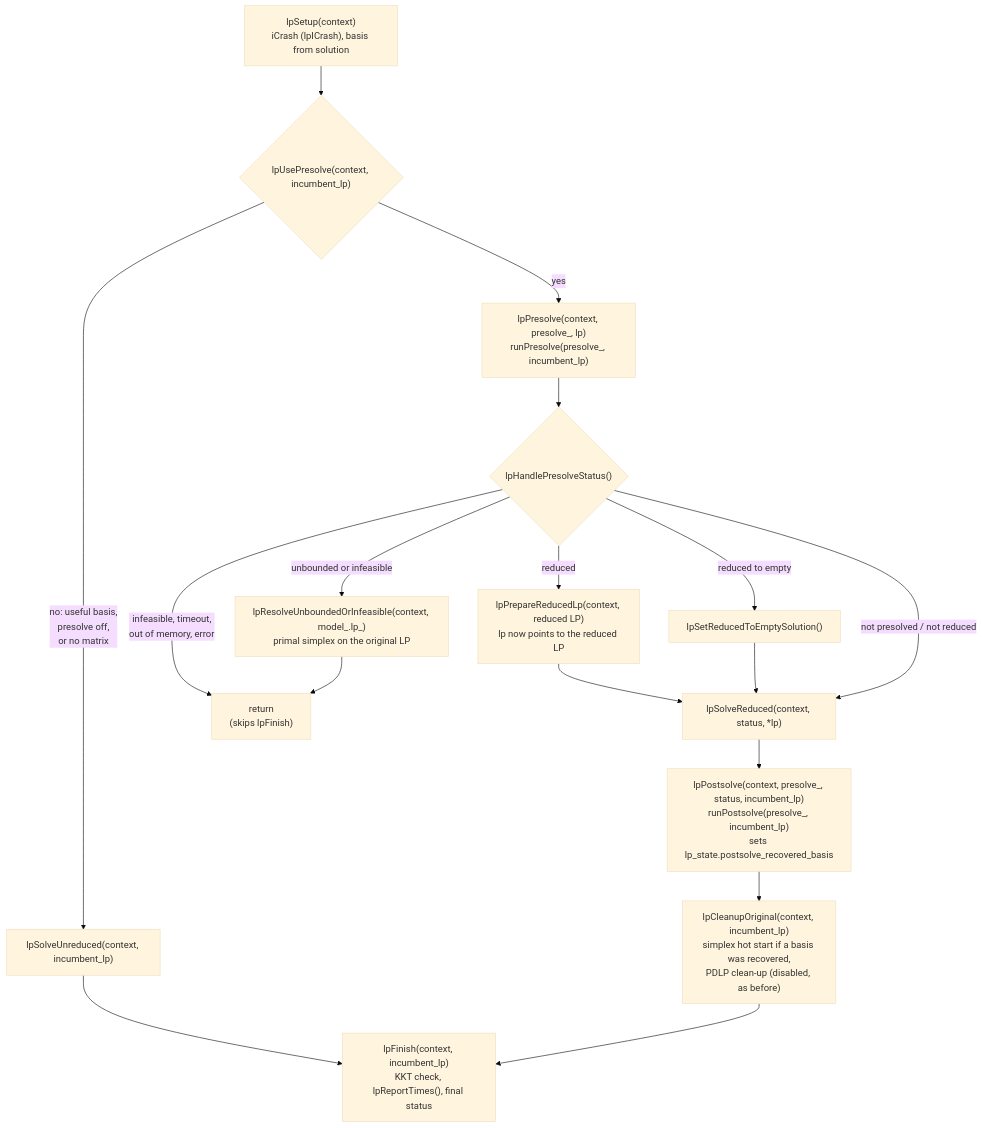
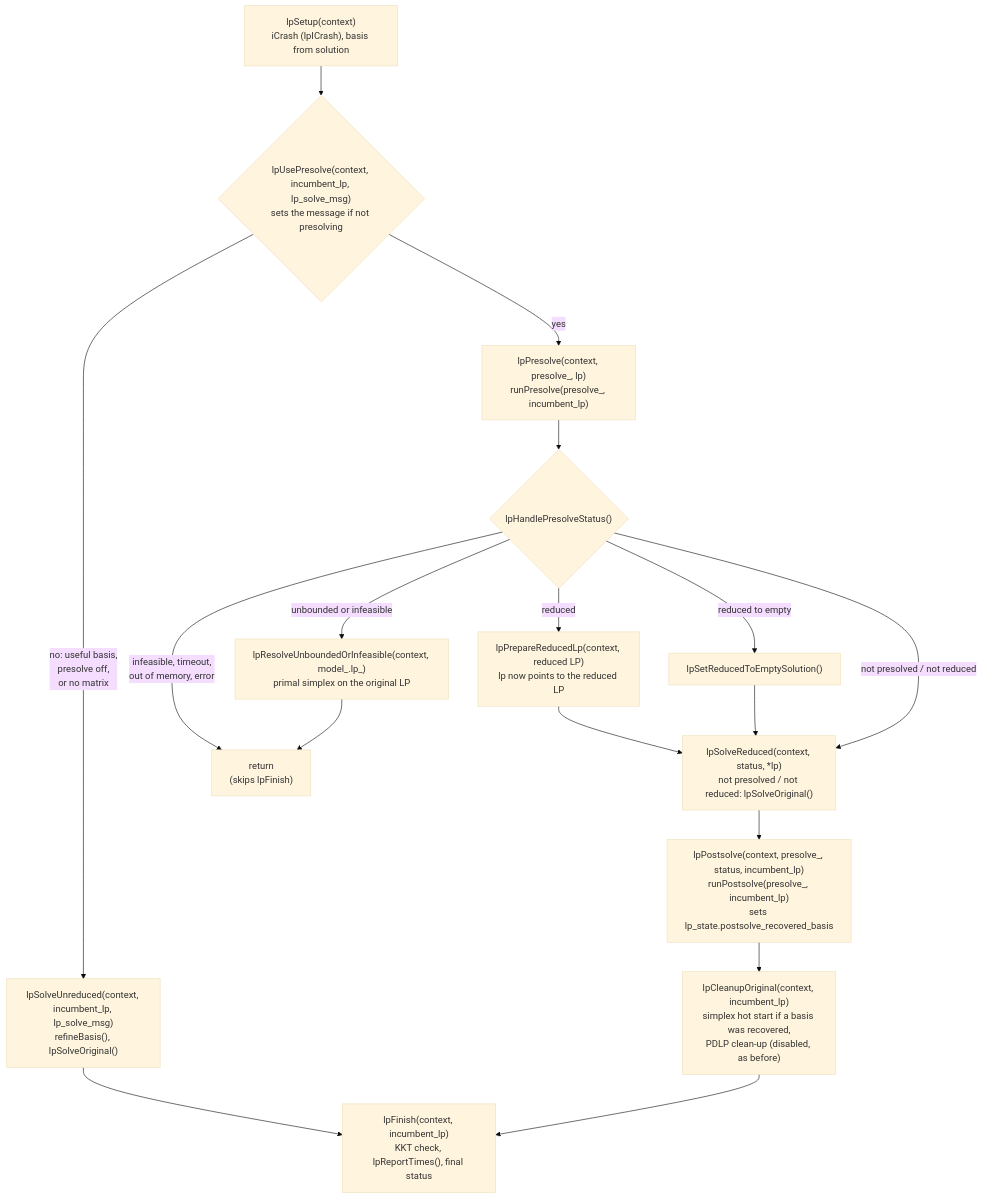
Before and after one commit to ERGO-Code/HiGHS: the third of 3 diagrams in highs/OptimizeModelRefactor.md, drawn with Mermaid (base theme). The commit also changed other lines of this file and 2 other files, not shown here.

Commit message:
Simplify solving original lp

````diff
--- a/highs/OptimizeModelRefactor.md
+++ b/highs/OptimizeModelRefactor.md
@@ -110,22 +110,22 @@
 ```mermaid
 flowchart TD
-    setup["lpSetup(context)<br/>iCrash (lpICrash), basis from solution"] --> usePresolve{"lpUsePresolve(context, incumbent_lp)"}
+    setup["lpSetup(context)<br/>iCrash (lpICrash), basis from solution"] --> usePresolve{"lpUsePresolve(context, incumbent_lp, lp_solve_msg)<br/>sets the message if not presolving"}
 
-    usePresolve -->|"no: useful basis,<br/>presolve off,<br/>or no matrix"| unreduced["lpSolveUnreduced(context, incumbent_lp)"]
+    usePresolve -->|"no: useful basis,<br/>presolve off,<br/>or no matrix"| unreduced["lpSolveUnreduced(context, incumbent_lp, lp_solve_msg)<br/>refineBasis(), lpSolveOriginal()"]
     unreduced --> finish
 
     usePresolve -->|yes| presolve["lpPresolve(context, presolve_, lp)<br/>runPresolve(presolve_, incumbent_lp)"]
     presolve --> handle{"lpHandlePresolveStatus()"}
     handle -->|"infeasible, timeout,<br/>out of memory, error"| stop["return<br/>(skips lpFinish)"]
     handle -->|unbounded or infeasible| uoi["lpResolveUnboundedOrInfeasible(context, model_.lp_)<br/>primal simplex on the original LP"]
     uoi --> stop
     handle -->|reduced| prepareReduced["lpPrepareReducedLp(context, reduced LP)<br/>lp now points to the reduced LP"]
     handle -->|reduced to empty| empty["lpSetReducedToEmptySolution()"]
     handle -->|not presolved / not reduced| solveReduced
 
-    prepareReduced --> solveReduced["lpSolveReduced(context, status, *lp)"]
+    prepareReduced --> solveReduced["lpSolveReduced(context, status, *lp)<br/>not presolved / not reduced: lpSolveOriginal()"]
     empty --> solveReduced
     solveReduced --> postsolve["lpPostsolve(context, presolve_, status, incumbent_lp)<br/>runPostsolve(presolve_, incumbent_lp)<br/>sets lp_state.postsolve_recovered_basis"]
     postsolve --> cleanup["lpCleanupOriginal(context, incumbent_lp)<br/>simplex hot start if a basis was recovered,<br/>PDLP clean-up (disabled, as before)"]
     cleanup --> finish["lpFinish(context, incumbent_lp)<br/>KKT check, lpReportTimes(), final status"]
 ```
````
